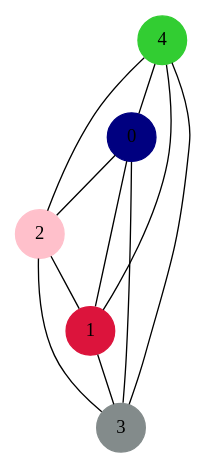
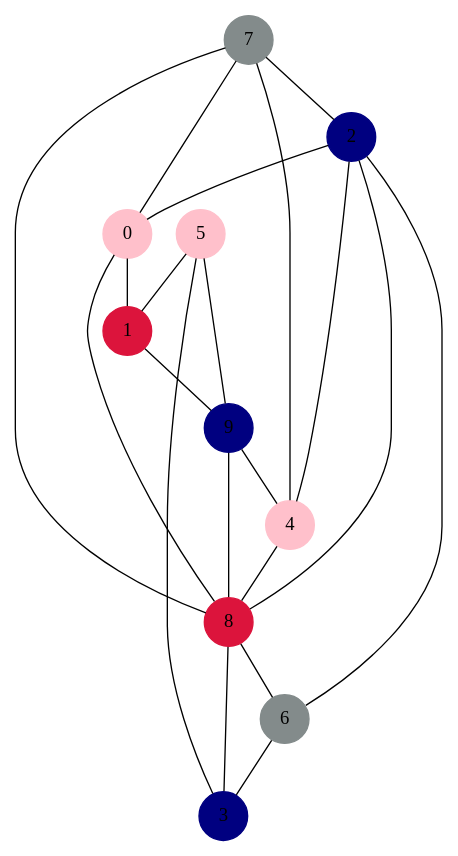
The diagram in ts.dot (zakoo20122/gceda), drawn with Graphviz before and after one commit. The commit also changed 6 other files, not shown here.

```diff
--- a/ts.dot
+++ b/ts.dot
@@ -1,18 +1,33 @@
 graph G { 
 graph [splines = true] node [height=0.4 shape=circle style=filled]
-3 [ color= azure4] ;
-2 [ color= pink] ;
+3 [ color= navyblue] ;
+2 [ color= navyblue] ;
 1 [ color= crimson] ;
-0 [ color= navyblue] ;
-4 [ color= limegreen] ;
-2 -- 1;
-2 -- 3;
-1 -- 3;
-0 -- 2;
-0 -- 3;
+0 [ color= pink] ;
+7 [ color= azure4] ;
+6 [ color= azure4] ;
+5 [ color= pink] ;
+4 [ color= pink] ;
+9 [ color= navyblue] ;
+8 [ color= crimson] ;
+2 -- 4;
+2 -- 0;
+2 -- 6;
+2 -- 8;
+1 -- 9;
+0 -- 8;
 0 -- 1;
-4 -- 2;
-4 -- 3;
-4 -- 1;
-4 -- 0;
+7 -- 8;
+7 -- 0;
+7 -- 2;
+7 -- 4;
+6 -- 3;
+5 -- 9;
+5 -- 3;
+5 -- 1;
+4 -- 8;
+9 -- 4;
+9 -- 8;
+8 -- 6;
+8 -- 3;
 }
```
